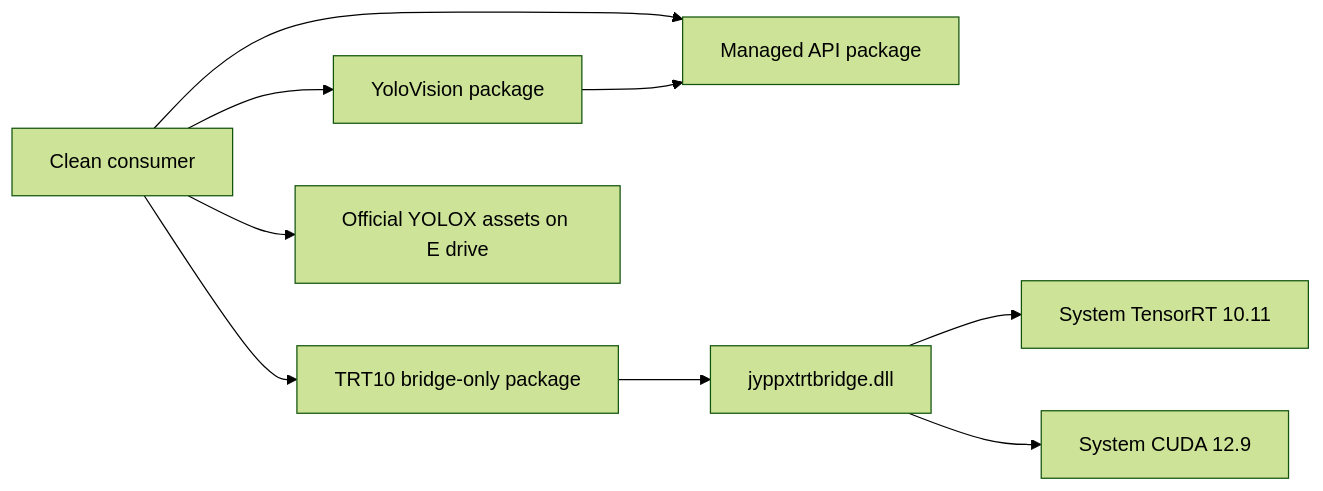
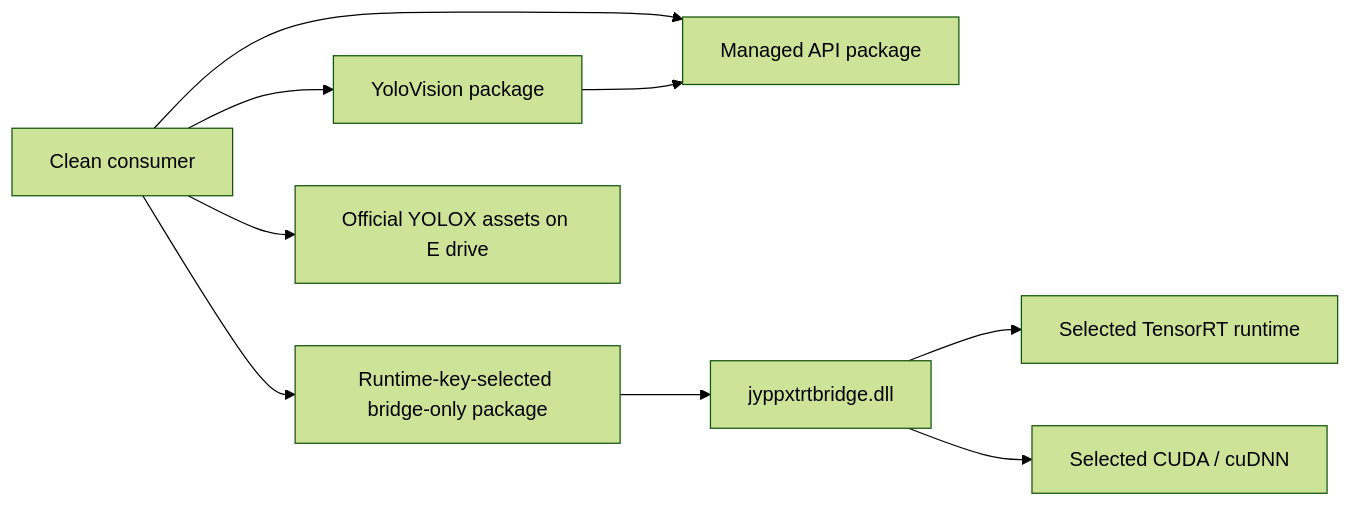
One commit to guojin-yan/TensorRT-CSharp-API changed the diagram in docs/articles/zh-cn/yolovision-yolox-local-package-consumer-tutorial.md. Above: the diagram before and after it, drawn with Mermaid (forest theme). The commit also changed other lines of this file and 17 other files, not shown here.

Commit message:
feat: add YOLOX multi-version package runtime matrix

````diff
--- a/docs/articles/zh-cn/yolovision-yolox-local-package-consumer-tutorial.md
+++ b/docs/articles/zh-cn/yolovision-yolox-local-package-consumer-tutorial.md
@@ -22,11 +24,11 @@
 ```mermaid
 flowchart LR
     A["Clean consumer"] --> B["YoloVision package"]
     A --> C["Managed API package"]
-    A --> D["TRT10 bridge-only package"]
+    A --> D["Runtime-key-selected bridge-only package"]
     B --> C
     D --> E["jyppxtrtbridge.dll"]
-    E --> F["System TensorRT 10.11"]
-    E --> G["System CUDA 12.9"]
+    E --> F["Selected TensorRT runtime"]
+    E --> G["Selected CUDA / cuDNN"]
     A --> H["Official YOLOX assets on E drive"]
 ```
````
